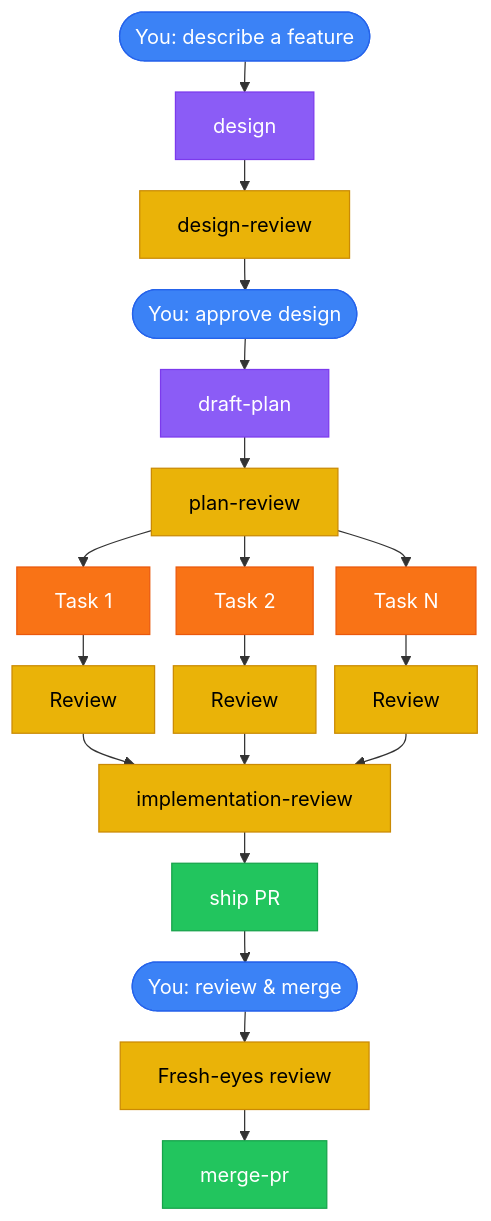
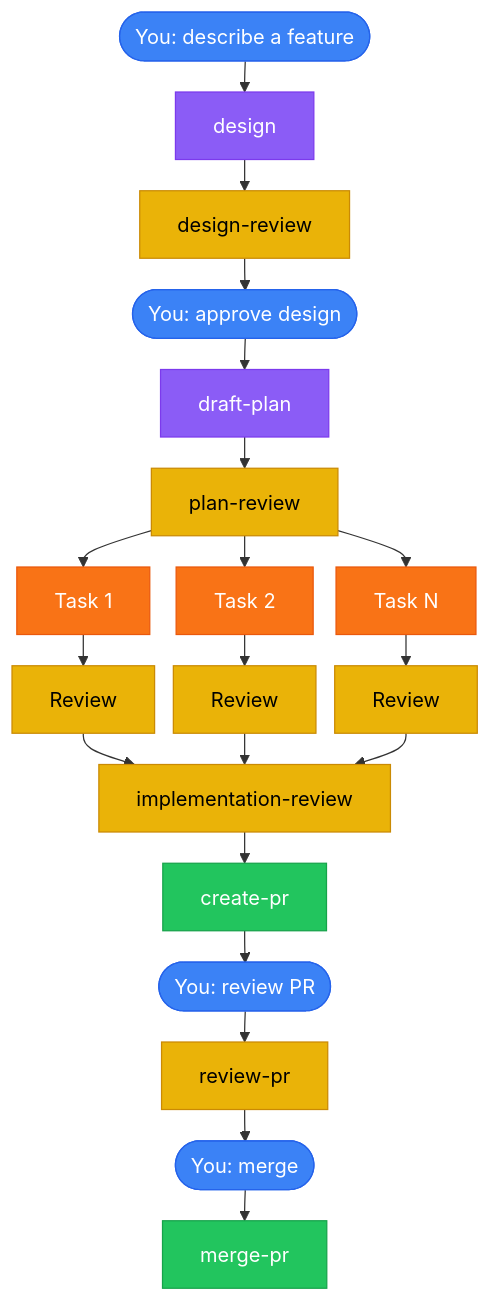
Before and after one commit to nikhilsitaram/superpowers: the diagram in README.md, drawn with Mermaid. The commit also changed other lines of this file and 10 other files, not shown here.

First line of the commit message:
refactor(skills): rename /ship to /create-pr and split /merge-pr into /review-pr + /merge-pr

````diff
--- a/README.md
+++ b/README.md
@@ -61,41 +62,43 @@
 ```mermaid
 %%{init: {'flowchart': {'nodeSpacing': 15, 'rankSpacing': 25}}}%%
 flowchart TD
     A([You: describe a feature]) --> B[design]
     B --> BR[design-review]
     BR --> C([You: approve design])
     C --> D[draft-plan]
     D --> DR[plan-review]
 
     DR --> T1[Task 1]
     DR --> T2[Task 2]
     DR --> TN[Task N]
 
     T1 --> R1[Review]
     T2 --> R2[Review]
     TN --> RN[Review]
 
     R1 & R2 & RN --> IR[implementation-review]
-    IR --> S[ship PR]
-    S --> M([You: review & merge])
-    M --> MR[Fresh-eyes review]
-    MR --> MP[merge-pr]
+    IR --> S[create-pr]
+    S --> M([You: review PR])
+    M --> MR[review-pr]
+    MR --> MP([You: merge])
+    MP --> MG[merge-pr]
 
     style A    fill:#3b82f6,stroke:#2563eb,color:#fff
     style B    fill:#8b5cf6,stroke:#7c3aed,color:#fff
     style BR   fill:#eab308,stroke:#ca8a04,color:#000
     style C    fill:#3b82f6,stroke:#2563eb,color:#fff
     style D    fill:#8b5cf6,stroke:#7c3aed,color:#fff
     style DR   fill:#eab308,stroke:#ca8a04,color:#000
     style T1   fill:#f97316,stroke:#ea580c,color:#fff
     style T2   fill:#f97316,stroke:#ea580c,color:#fff
     style TN   fill:#f97316,stroke:#ea580c,color:#fff
     style R1   fill:#eab308,stroke:#ca8a04,color:#000
     style R2   fill:#eab308,stroke:#ca8a04,color:#000
     style RN   fill:#eab308,stroke:#ca8a04,color:#000
     style IR   fill:#eab308,stroke:#ca8a04,color:#000
     style S    fill:#22c55e,stroke:#16a34a,color:#fff
     style M    fill:#3b82f6,stroke:#2563eb,color:#fff
     style MR   fill:#eab308,stroke:#ca8a04,color:#000
-    style MP   fill:#22c55e,stroke:#16a34a,color:#fff
+    style MP   fill:#3b82f6,stroke:#2563eb,color:#fff
+    style MG   fill:#22c55e,stroke:#16a34a,color:#fff
 ```
````
